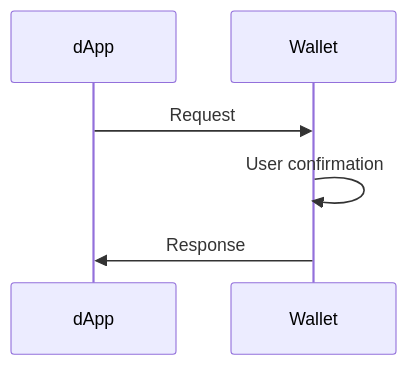
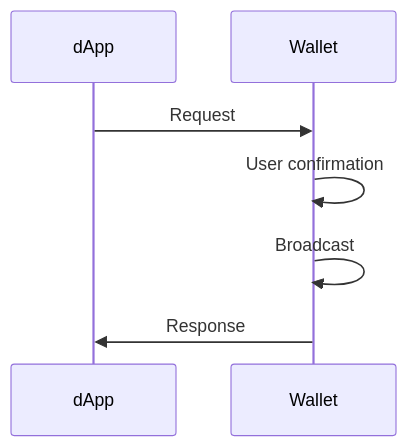
One commit to airgap-it/beacon-sdk changed the fifth of 5 diagrams in flows/P2PDirect.md. Above: the diagram before and after it, drawn with Mermaid. The commit also changed other lines of this file and 3 other files, not shown here.

Commit message:
feat(flows): update flows

````diff
--- a/flows/P2PDirect.md
+++ b/flows/P2PDirect.md
@@ -58,8 +52,9 @@
 ```mermaid
 sequenceDiagram
     dApp->>Wallet: Request
 
     Wallet->>Wallet: User confirmation
+    Wallet->>Wallet: Broadcast
 
     Wallet->>dApp: Response
 ```
````
